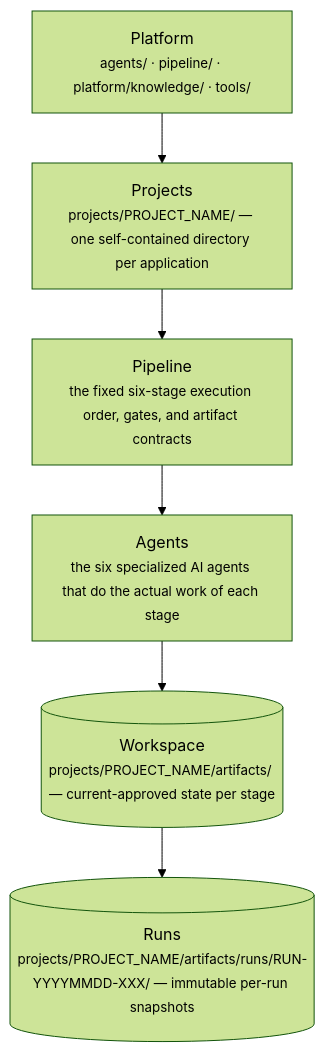
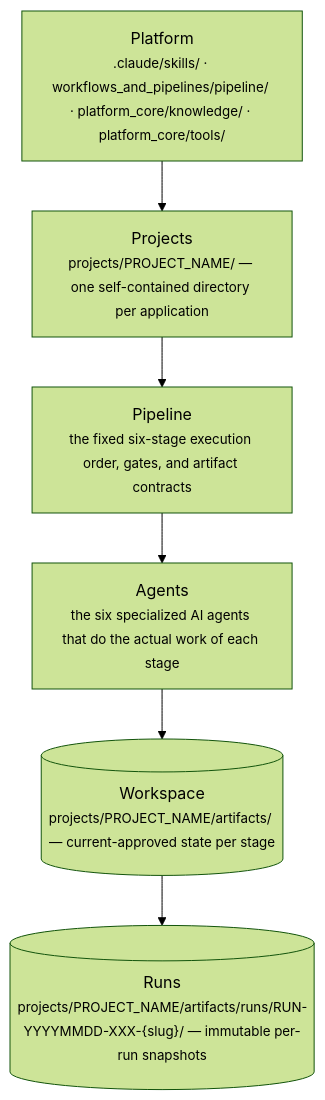
The second of 10 diagrams in README.md (HusseinAtaHussein1/AISeatMap), drawn with Mermaid (forest theme) before and after one commit. The commit also changed other lines of this file and 160 other files, not shown here.

````diff
--- a/README.md
+++ b/README.md
@@ -230,11 +230,11 @@
 ```mermaid
 flowchart TD
-    PLAT["Platform<br/><small>agents/ · pipeline/ · platform/knowledge/ · tools/</small>"]
+    PLAT["Platform<br/><small>.claude/skills/ · workflows_and_pipelines/pipeline/ · platform_core/knowledge/ · platform_core/tools/</small>"]
     PROJ["Projects<br/><small>projects/PROJECT_NAME/ — one self-contained directory per application</small>"]
     PIPE["Pipeline<br/><small>the fixed six-stage execution order, gates, and artifact contracts</small>"]
     AGENTS["Agents<br/><small>the six specialized AI agents that do the actual work of each stage</small>"]
     WORK[("Workspace<br/><small>projects/PROJECT_NAME/artifacts/ — current-approved state per stage</small>")]
-    RUNS[("Runs<br/><small>projects/PROJECT_NAME/artifacts/runs/RUN-YYYYMMDD-XXX/ — immutable per-run snapshots</small>")]
+    RUNS[("Runs<br/><small>projects/PROJECT_NAME/artifacts/runs/RUN-YYYYMMDD-XXX-{slug}/ — immutable per-run snapshots</small>")]
 
     PLAT --> PROJ --> PIPE --> AGENTS --> WORK --> RUNS
 ```
````
